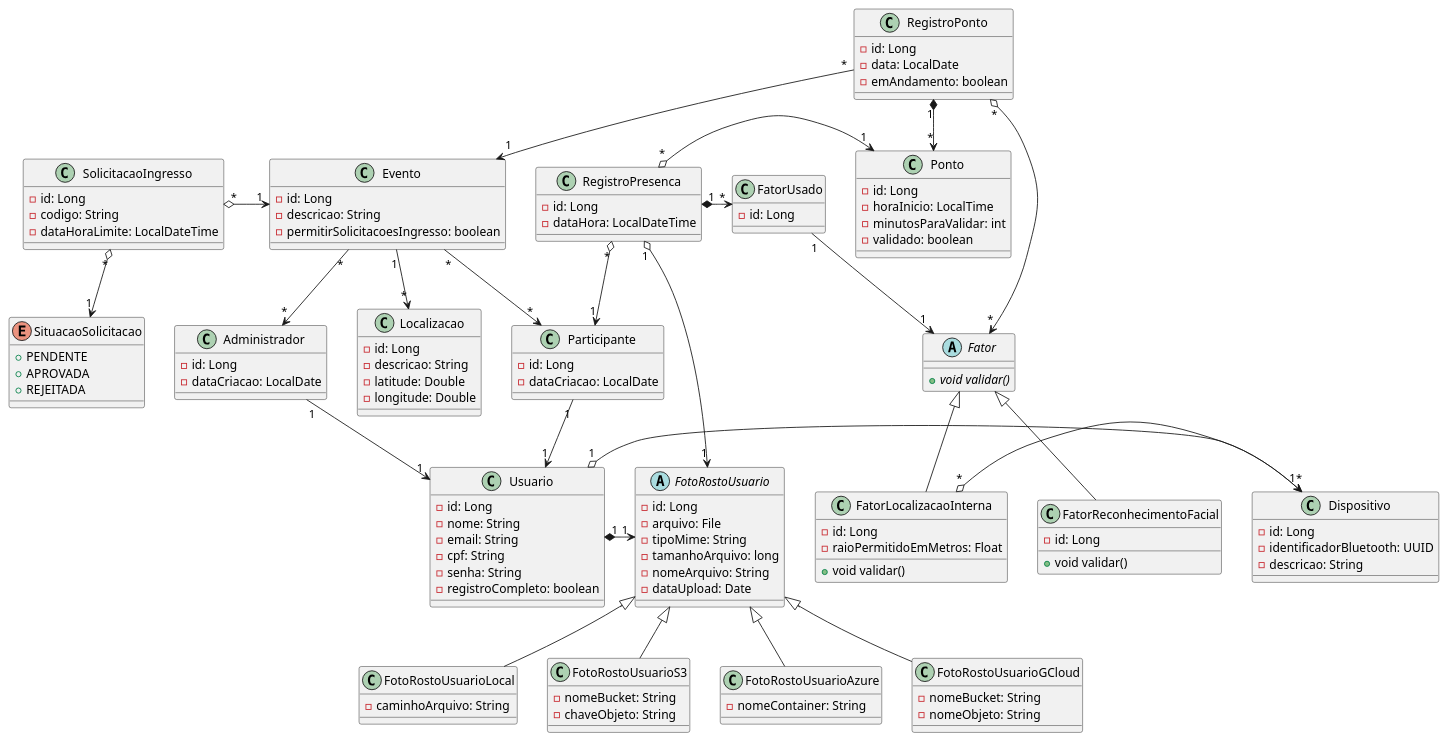
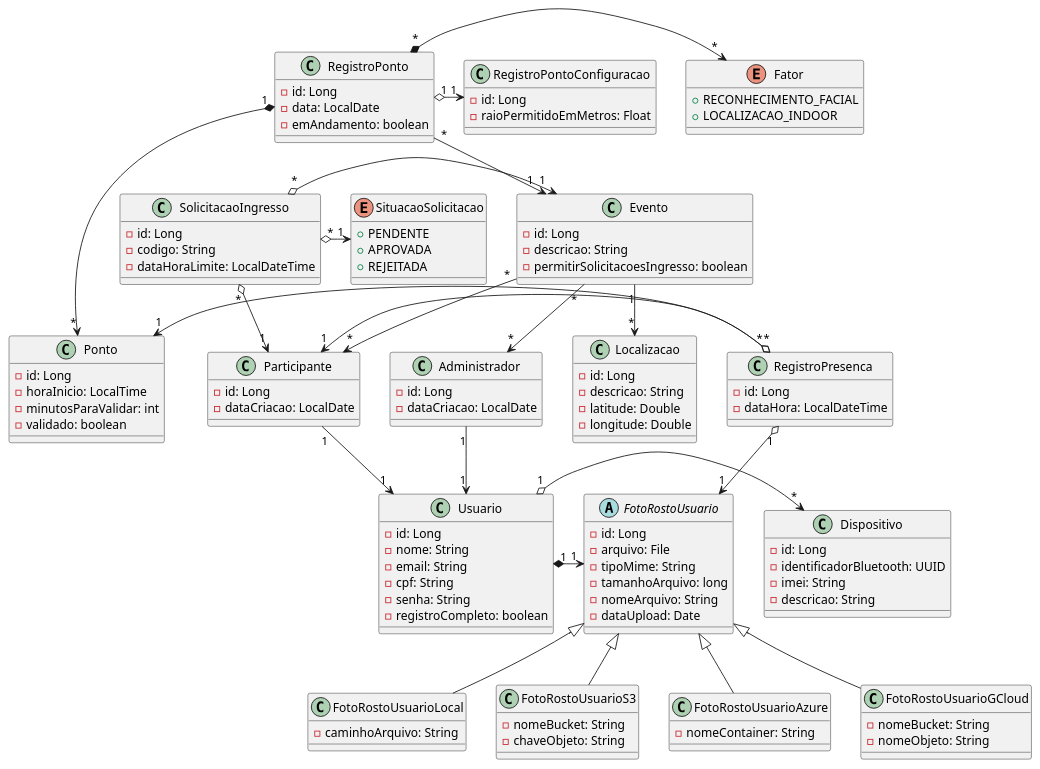
Before and after one commit to luan-coelho/faceverify: the diagram in backend/diagram-class.plantuml, drawn with PlantUML.

Commit message:
feat/refactor: Modelagem de classe.

```diff
--- a/backend/diagram-class.plantuml
+++ b/backend/diagram-class.plantuml
@@ -1,150 +1,137 @@
 @startuml
 class Usuario {
     - id: Long
     - nome: String
     - email: String
     - cpf: String
     - senha: String
     - registroCompleto: boolean
 }
 
 class Administrador {
     - id: Long
     - dataCriacao: LocalDate
 }
 
 class Participante {
     - id: Long
     - dataCriacao: LocalDate
 }
 
 class Dispositivo {
     - id: Long
     - identificadorBluetooth: UUID
+    - imei: String
     - descricao: String
 }
 
 abstract class FotoRostoUsuario {
     - id: Long
     - arquivo: File
     - tipoMime: String
     - tamanhoArquivo: long
     - nomeArquivo: String
     - dataUpload: Date
-}
-
-class FatorUsado {
-     - id: Long
 }
 
 class FotoRostoUsuarioLocal {
     - caminhoArquivo: String
 }
 
 class FotoRostoUsuarioS3 {
     - nomeBucket: String
     - chaveObjeto: String
 }
 
 class FotoRostoUsuarioAzure {
     - nomeContainer: String
 }
 
 class FotoRostoUsuarioGCloud {
     - nomeBucket: String
     - nomeObjeto: String
 }
 
 class Evento {
     - id: Long
     - descricao: String
     - permitirSolicitacoesIngresso: boolean
 }
 
 class SolicitacaoIngresso {
     - id: Long
     - codigo: String
     - dataHoraLimite: LocalDateTime
 }
 
 enum SituacaoSolicitacao {
     + PENDENTE
     + APROVADA
     + REJEITADA
 }
 
 class Localizacao {
     - id: Long
     - descricao: String
     - latitude: Double
     - longitude: Double
 }
 
-
 class RegistroPonto {
     - id: Long
     - data: LocalDate
     - emAndamento: boolean
 }
 
 class Ponto {
     - id: Long
     - horaInicio: LocalTime
     - minutosParaValidar: int
     - validado: boolean
 }
 
 class RegistroPresenca {
     - id: Long
     - dataHora: LocalDateTime
 }
 
-abstract class Fator {
-    + void {abstract} validar()
+class RegistroPontoConfiguracao {
+    - id: Long
+    - raioPermitidoEmMetros: Float
 }
 
-class FatorReconhecimentoFacial {
-    - id: Long
-    + void validar()
-}
-
-class FatorLocalizacaoInterna {
-    - id: Long
-    - raioPermitidoEmMetros: Float
-    + void validar()
+enum Fator {
+    + RECONHECIMENTO_FACIAL
+    + LOCALIZACAO_INDOOR
 }
 
 RegistroPonto "*" --> "1" Evento
+RegistroPonto "1" o-> "1" RegistroPontoConfiguracao
+RegistroPonto "1" *-> "*" Ponto
+RegistroPonto "*" *-> "*" Fator
+
 Evento "*" --> "*" Administrador
 Evento "1" --> "*" Localizacao
 Evento "*" --> "*" Participante
+
 SolicitacaoIngresso "*" o-> "1" Evento
-SolicitacaoIngresso "*" o-down-> "1" SituacaoSolicitacao
-
-RegistroPonto "1" *-> "*" Ponto
-RegistroPonto "*" o-> "*" Fator
+SolicitacaoIngresso "*" o-> "1" SituacaoSolicitacao
+SolicitacaoIngresso "*" o-> "1" Participante
 
 RegistroPresenca "*" o-> "1" Participante
 RegistroPresenca "*" o-> "1" Ponto
 RegistroPresenca "1" o-> "1" FotoRostoUsuario
 
-Fator <|-- FatorReconhecimentoFacial
-Fator <|-- FatorLocalizacaoInterna
-
-FatorLocalizacaoInterna "*" o-> "1" Dispositivo
-
 Usuario "1" o-> "*" Dispositivo
 Usuario "1" *-> "1" FotoRostoUsuario
 
-RegistroPresenca "1" *-> "*" FatorUsado
-FatorUsado "1" --> "1" Fator
+Administrador "1" --> "1" Usuario
 
-Administrador "1" --> "1" Usuario
 Participante "1" --> "1" Usuario
 
 FotoRostoUsuario <|-- FotoRostoUsuarioLocal
 FotoRostoUsuario <|-- FotoRostoUsuarioS3
 FotoRostoUsuario <|-- FotoRostoUsuarioAzure
 FotoRostoUsuario <|-- FotoRostoUsuarioGCloud
 
 @enduml
```
